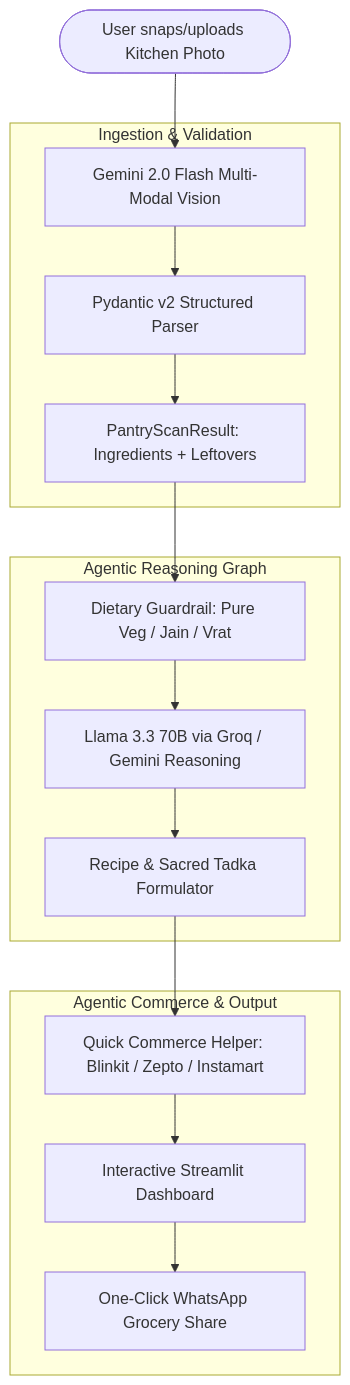
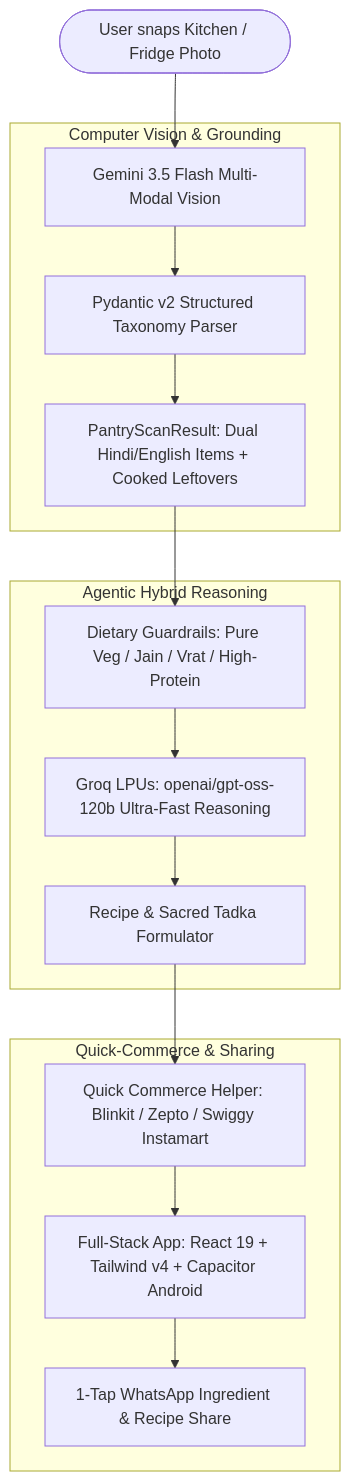
One commit to Paritosh8-AI/kadhAI changed the diagram in README.md. Above: the diagram before and after it, drawn with Mermaid. The commit also changed other lines of this file and 1 other file, not shown here.

Commit message:
fix(ci): upgrade Java to 21 for Capacitor 7 Android compilation and update README with badges & repo links

````diff
--- a/README.md
+++ b/README.md
@@ -25,21 +30,21 @@
 ```mermaid
 flowchart TD
-    User([User snaps/uploads Kitchen Photo]) --> Vision[Gemini 2.0 Flash Multi-Modal Vision]
+    User([User snaps Kitchen / Fridge Photo]) --> Vision[Gemini 3.5 Flash Multi-Modal Vision]
     
-    subgraph Ingestion & Validation
-        Vision --> Schema[Pydantic v2 Structured Parser]
-        Schema --> Inventory[PantryScanResult: Ingredients + Leftovers]
+    subgraph Computer Vision & Grounding
+        Vision --> Schema[Pydantic v2 Structured Taxonomy Parser]
+        Schema --> Inventory[PantryScanResult: Dual Hindi/English Items + Cooked Leftovers]
     end
     
-    subgraph Agentic Reasoning Graph
-        Inventory --> Filter[Dietary Guardrail: Pure Veg / Jain / Vrat]
-        Filter --> LLM[Llama 3.3 70B via Groq / Gemini Reasoning]
-        LLM --> RecipeEngine[Recipe & Sacred Tadka Formulator]
+    subgraph Agentic Hybrid Reasoning
+        Inventory --> Filter[Dietary Guardrails: Pure Veg / Jain / Vrat / High-Protein]
+        Filter --> GroqLPU[Groq LPUs: openai/gpt-oss-120b Ultra-Fast Reasoning]
+        GroqLPU --> RecipeEngine[Recipe & Sacred Tadka Formulator]
     end
     
-    subgraph Agentic Commerce & Output
-        RecipeEngine --> QC[Quick Commerce Helper: Blinkit / Zepto / Instamart]
-        QC --> StreamlitUI[Interactive Streamlit Dashboard]
-        StreamlitUI --> WhatsApp[One-Click WhatsApp Grocery Share]
+    subgraph Quick-Commerce & Sharing
+        RecipeEngine --> QC[Quick Commerce Helper: Blinkit / Zepto / Swiggy Instamart]
+        QC --> UI[Full-Stack App: React 19 + Tailwind v4 + Capacitor Android]
+        UI --> WhatsApp[1-Tap WhatsApp Ingredient & Recipe Share]
     end
 ```
````
